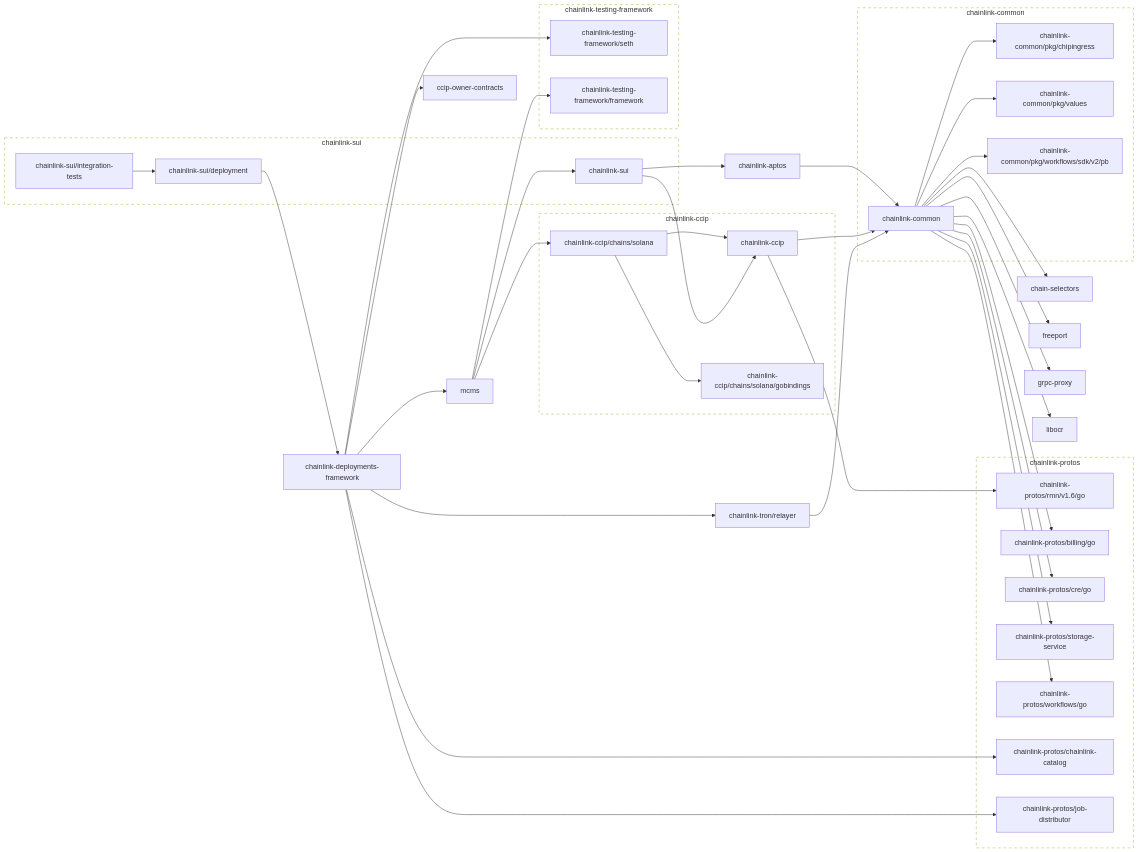
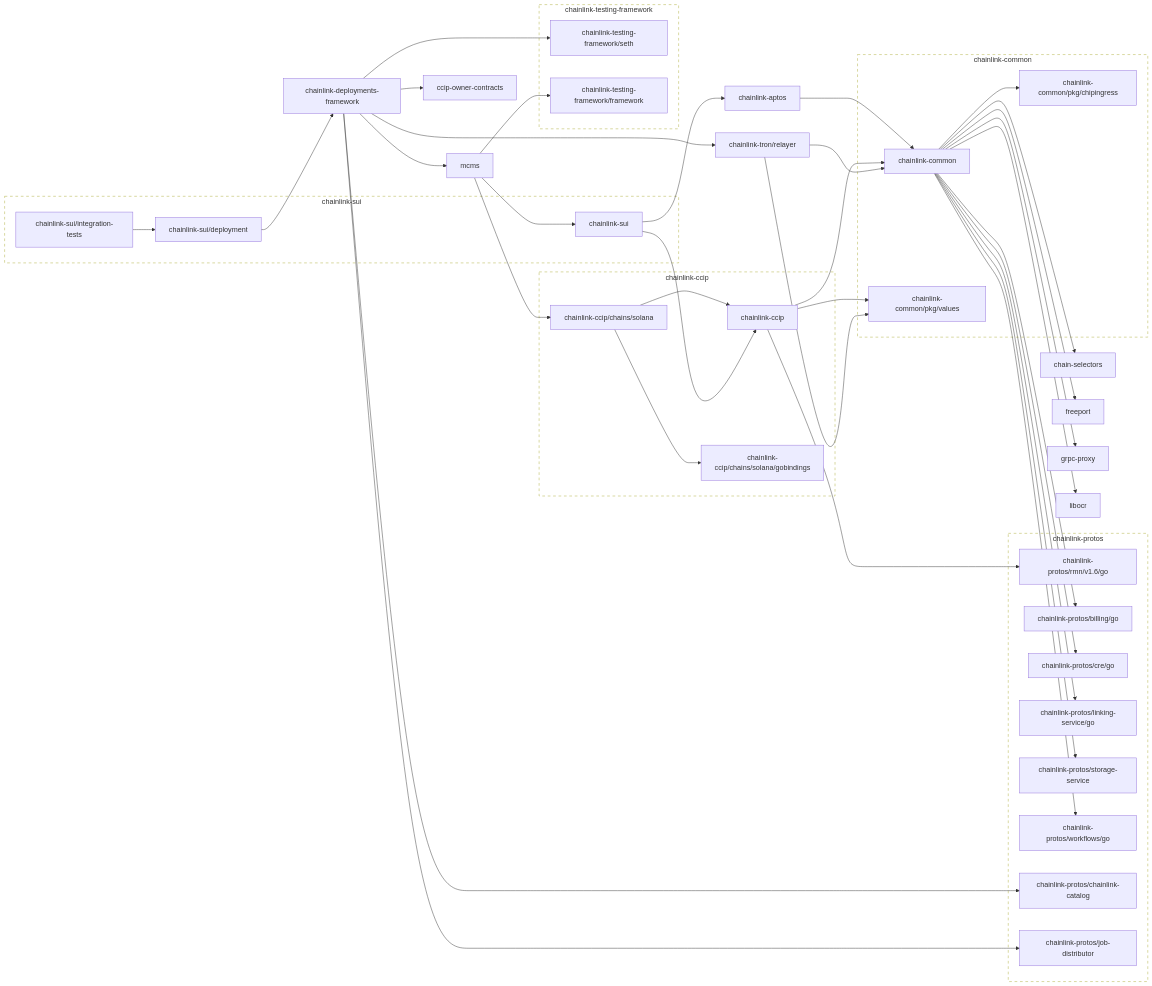
The second of 2 diagrams in go.md (smartcontractkit/chainlink-sui), drawn with Mermaid before and after one commit. The commit also changed other lines of this file and 7 other files, not shown here.

```diff
--- a/go.md
+++ b/go.md
@@ -75,6 +79,7 @@
 	chainlink-aptos --> chainlink-common
 	click chainlink-aptos href "https://github.com/smartcontractkit/chainlink-aptos"
 	chainlink-ccip --> chainlink-common
+	chainlink-ccip --> chainlink-common/pkg/values
 	chainlink-ccip --> chainlink-protos/rmn/v1.6/go
 	click chainlink-ccip href "https://github.com/smartcontractkit/chainlink-ccip"
 	chainlink-ccip/chains/solana --> chainlink-ccip
@@ -84,10 +89,9 @@
 	click chainlink-ccip/chains/solana/gobindings href "https://github.com/smartcontractkit/chainlink-ccip"
 	chainlink-common --> chain-selectors
 	chainlink-common --> chainlink-common/pkg/chipingress
-	chainlink-common --> chainlink-common/pkg/values
-	chainlink-common --> chainlink-common/pkg/workflows/sdk/v2/pb
 	chainlink-common --> chainlink-protos/billing/go
 	chainlink-common --> chainlink-protos/cre/go
+	chainlink-common --> chainlink-protos/linking-service/go
 	chainlink-common --> chainlink-protos/storage-service
 	chainlink-common --> chainlink-protos/workflows/go
 	chainlink-common --> freeport
@@ -98,8 +102,6 @@
 	click chainlink-common/pkg/chipingress href "https://github.com/smartcontractkit/chainlink-common"
 	chainlink-common/pkg/values
 	click chainlink-common/pkg/values href "https://github.com/smartcontractkit/chainlink-common"
-	chainlink-common/pkg/workflows/sdk/v2/pb
-	click chainlink-common/pkg/workflows/sdk/v2/pb href "https://github.com/smartcontractkit/chainlink-common"
 	chainlink-deployments-framework --> ccip-owner-contracts
 	chainlink-deployments-framework --> chainlink-protos/chainlink-catalog
 	chainlink-deployments-framework --> chainlink-protos/job-distributor
@@ -115,6 +117,8 @@
 	click chainlink-protos/cre/go href "https://github.com/smartcontractkit/chainlink-protos"
 	chainlink-protos/job-distributor
 	click chainlink-protos/job-distributor href "https://github.com/smartcontractkit/chainlink-protos"
+	chainlink-protos/linking-service/go
+	click chainlink-protos/linking-service/go href "https://github.com/smartcontractkit/chainlink-protos"
 	chainlink-protos/rmn/v1.6/go
 	click chainlink-protos/rmn/v1.6/go href "https://github.com/smartcontractkit/chainlink-protos"
 	chainlink-protos/storage-service
@@ -133,6 +137,7 @@
 	chainlink-testing-framework/seth
 	click chainlink-testing-framework/seth href "https://github.com/smartcontractkit/chainlink-testing-framework"
 	chainlink-tron/relayer --> chainlink-common
+	chainlink-tron/relayer --> chainlink-common/pkg/values
 	click chainlink-tron/relayer href "https://github.com/smartcontractkit/chainlink-tron"
 	freeport
 	click freeport href "https://github.com/smartcontractkit/freeport"
@@ -156,7 +161,6 @@
 		 chainlink-common
 		 chainlink-common/pkg/chipingress
 		 chainlink-common/pkg/values
-		 chainlink-common/pkg/workflows/sdk/v2/pb
 	end
 	click chainlink-common-repo href "https://github.com/smartcontractkit/chainlink-common"
 
@@ -165,6 +169,7 @@
 		 chainlink-protos/chainlink-catalog
 		 chainlink-protos/cre/go
 		 chainlink-protos/job-distributor
+		 chainlink-protos/linking-service/go
 		 chainlink-protos/rmn/v1.6/go
 		 chainlink-protos/storage-service
 		 chainlink-protos/workflows/go
```
